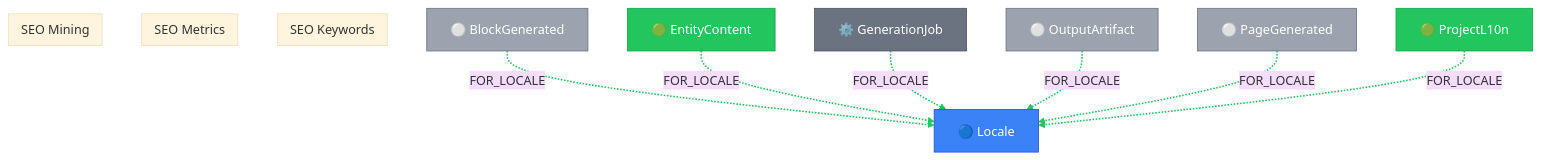
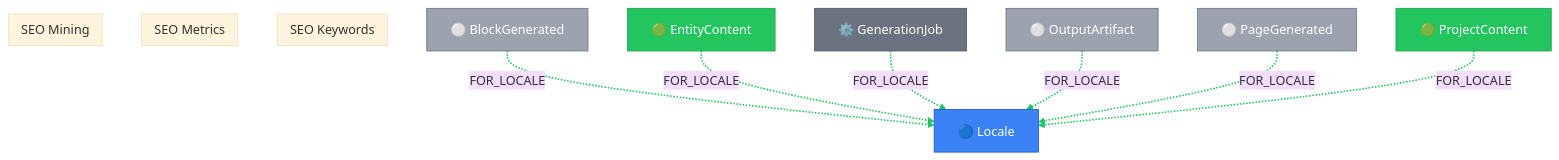
One commit to supernovae-st/novanet changed the diagram in packages/core/models/docs/seo-keywords.md. Above: the diagram before and after it, drawn with Mermaid (base theme). The commit also changed 36 other files, not shown here.

First line of the commit message:
refactor(v11): rename ProjectL10n → ProjectContent for consistency

````diff
--- a/packages/core/models/docs/seo-keywords.md
+++ b/packages/core/models/docs/seo-keywords.md
@@ -33,50 +33,50 @@
 ```mermaid
 flowchart TB
   %% View: SEO Keywords (seo-keywords)
   %% 7 nodes, 6 arcs
 
   %% Trait styling (node_trait)
   classDef invariant fill:#3b82f6,stroke:#1d4ed8,color:#fff
   classDef localized fill:#22c55e,stroke:#16a34a,color:#fff
   classDef knowledge fill:#8b5cf6,stroke:#7c3aed,color:#fff
   classDef derived fill:#9ca3af,stroke:#6b7280,color:#fff
   classDef job fill:#6b7280,stroke:#4b5563,color:#fff
 
   subgraph SEO_KEYWORDS["SEO Keywords"]
   end
 
   subgraph SEO_METRICS["SEO Metrics"]
   end
 
   subgraph SEO_MINING["SEO Mining"]
   end
 
   %% Additional reachable nodes
   BlockGenerated["⚪ BlockGenerated"]
   EntityContent["🟢 EntityContent"]
   GenerationJob["⚙️ GenerationJob"]
   Locale["🔵 Locale"]
   OutputArtifact["⚪ OutputArtifact"]
   PageGenerated["⚪ PageGenerated"]
-  ProjectL10n["🟢 ProjectL10n"]
+  ProjectContent["🟢 ProjectContent"]
 
   %% Relationships (styled by arc family)
   BlockGenerated -.->|FOR_LOCALE| Locale
   EntityContent -.->|FOR_LOCALE| Locale
   GenerationJob -.->|FOR_LOCALE| Locale
   OutputArtifact -.->|FOR_LOCALE| Locale
   PageGenerated -.->|FOR_LOCALE| Locale
-  ProjectL10n -.->|FOR_LOCALE| Locale
+  ProjectContent -.->|FOR_LOCALE| Locale
 
   %% Arc colors by family
   linkStyle 0,1,2,3,4,5 stroke:#22c55e,stroke-width:2px
 
   %% Class assignments
   class BlockGenerated derived
   class EntityContent localized
   class GenerationJob job
   class Locale invariant
   class OutputArtifact derived
   class PageGenerated derived
-  class ProjectL10n localized
+  class ProjectContent localized
 ```
````
